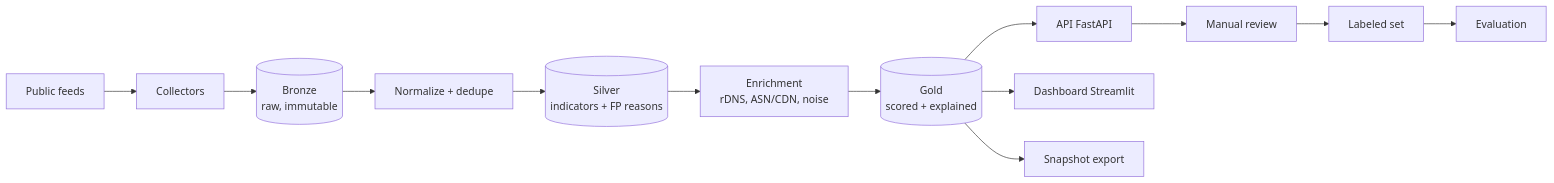
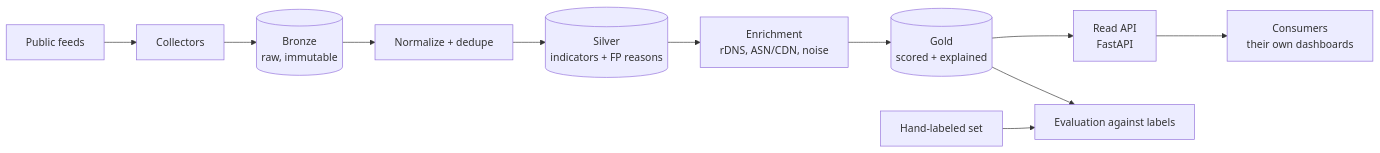
Before and after one commit to matheFontenele/threatintel-pipeline: the diagram in README.md, drawn with Mermaid. The commit also changed other lines of this file and 15 other files, not shown here.

````diff
--- a/README.md
+++ b/README.md
@@ -33,15 +36,13 @@
 ```mermaid
 flowchart LR
     A[Public feeds] --> B[Collectors]
     B --> C[(Bronze<br/>raw, immutable)]
     C --> D[Normalize + dedupe]
     D --> E[(Silver<br/>indicators + FP reasons)]
     E --> F[Enrichment<br/>rDNS, ASN/CDN, noise]
     F --> G[(Gold<br/>scored + explained)]
-    G --> H[API FastAPI]
-    G --> I[Dashboard Streamlit]
-    G --> J[Snapshot export]
-    H --> K[Manual review]
-    K --> L[Labeled set]
-    L --> M[Evaluation]
+    G --> H[Read API<br/>FastAPI]
+    H --> I[Consumers<br/>their own dashboards]
+    G --> M[Evaluation against labels]
+    L[Hand-labeled set] --> M
 ```
````
